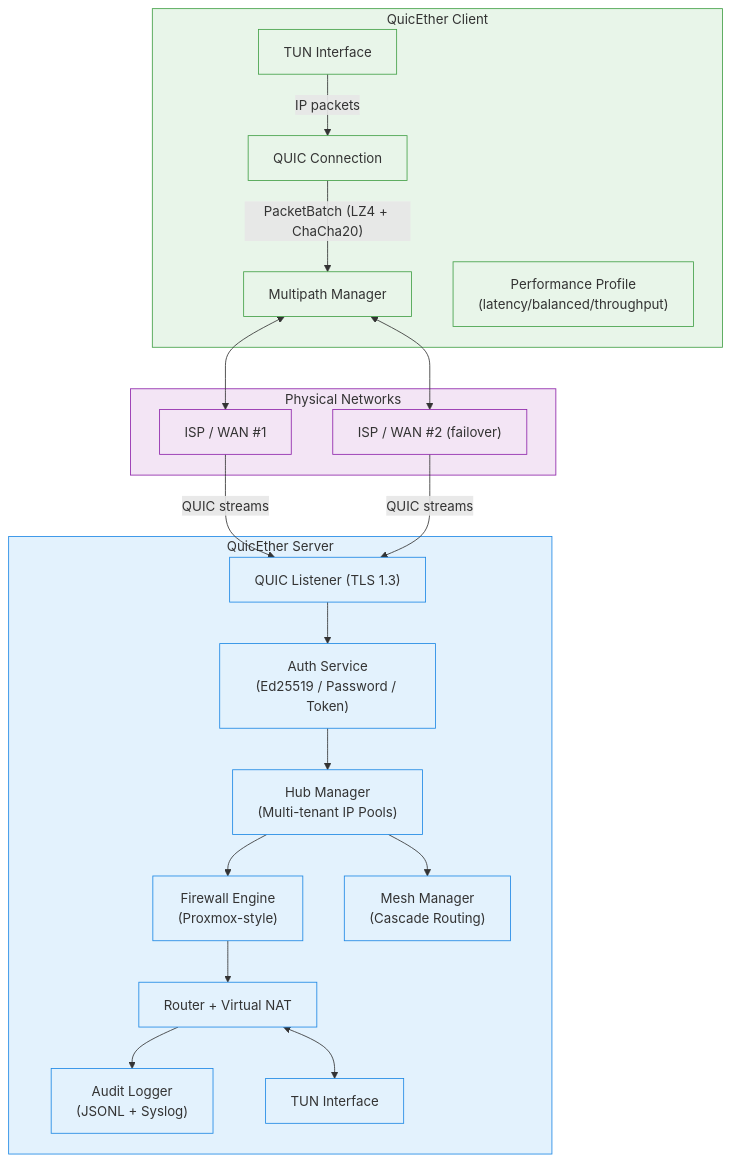
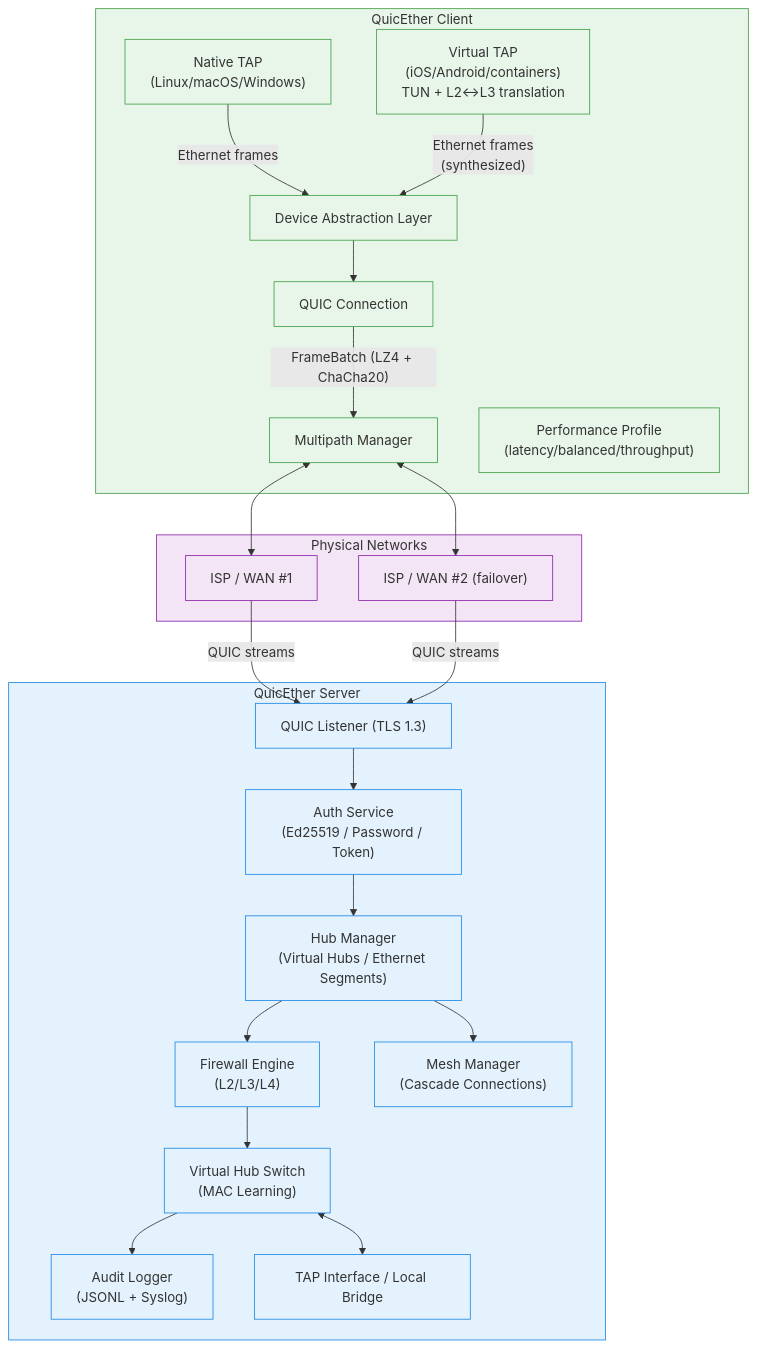
Before and after one commit to quicether/book: the first of 5 diagrams in diagrams/architecture.md, drawn with Mermaid. The commit also changed other lines of this file and 18 other files, not shown here.

First line of the commit message:
Refactor QuicEther to support Layer 2 (TAP) architecture with Local Bridge functionality

````diff
--- a/diagrams/architecture.md
+++ b/diagrams/architecture.md
@@ -8,51 +9,55 @@
 ```mermaid
 graph TD
     %% Server layer
     subgraph Server["QuicEther Server"]
         QUIC["QUIC Listener (TLS 1.3)"]
         AUTH["Auth Service<br/>(Ed25519 / Password / Token)"]
-        HUB["Hub Manager<br/>(Multi-tenant IP Pools)"]
-        FW["Firewall Engine<br/>(Proxmox-style)"]
-        ROUTER["Router + Virtual NAT"]
+        HUB["Hub Manager<br/>(Virtual Hubs / Ethernet Segments)"]
+        FW["Firewall Engine<br/>(L2/L3/L4)"]
+        SWITCH["Virtual Hub Switch<br/>(MAC Learning)"]
         AUDIT["Audit Logger<br/>(JSONL + Syslog)"]
-        MESH["Mesh Manager<br/>(Cascade Routing)"]
-        TUN_S["TUN Interface"]
+        MESH["Mesh Manager<br/>(Cascade Connections)"]
+        TAP_S["TAP Interface / Local Bridge"]
     end
 
     %% Client layer
     subgraph Client["QuicEther Client"]
         CONN["QUIC Connection"]
         MP["Multipath Manager"]
         PERF["Performance Profile<br/>(latency/balanced/throughput)"]
-        TUN_C["TUN Interface"]
+        DEV["Device Abstraction Layer"]
+        TAP_C["Native TAP<br/>(Linux/macOS/Windows)"]
+        VTAP["Virtual TAP<br/>(iOS/Android/containers)<br/>TUN + L2↔L3 translation"]
     end
 
     %% Physical networks
     subgraph Underlay["Physical Networks"]
         ISP1["ISP / WAN #1"]
         ISP2["ISP / WAN #2 (failover)"]
     end
 
     %% Client to server flow
-    TUN_C -->|"IP packets"| CONN
-    CONN -->|"PacketBatch (LZ4 + ChaCha20)"| MP
+    TAP_C -->|"Ethernet frames"| DEV
+    VTAP -->|"Ethernet frames<br/>(synthesized)"| DEV
+    DEV --> CONN
+    CONN -->|"FrameBatch (LZ4 + ChaCha20)"| MP
     MP <--> ISP1
     MP <--> ISP2
     ISP1 & ISP2 -->|"QUIC streams"| QUIC
     QUIC --> AUTH
     AUTH --> HUB
     HUB --> FW
-    FW --> ROUTER
-    ROUTER <--> TUN_S
-    ROUTER --> AUDIT
+    FW --> SWITCH
+    SWITCH <--> TAP_S
+    SWITCH --> AUDIT
     HUB --> MESH
 
     %% Styling
     classDef server fill:#e3f2fd,stroke:#1e88e5;
     classDef client fill:#e8f5e9,stroke:#43a047;
     classDef underlay fill:#f3e5f5,stroke:#8e24aa;
 
-    class Server,QUIC,AUTH,HUB,FW,ROUTER,AUDIT,MESH,TUN_S server;
-    class Client,CONN,MP,PERF,TUN_C client;
+    class Server,QUIC,AUTH,HUB,FW,SWITCH,AUDIT,MESH,TAP_S server;
+    class Client,CONN,MP,PERF,DEV,TAP_C,VTAP client;
     class Underlay,ISP1,ISP2 underlay;
 ```
````
